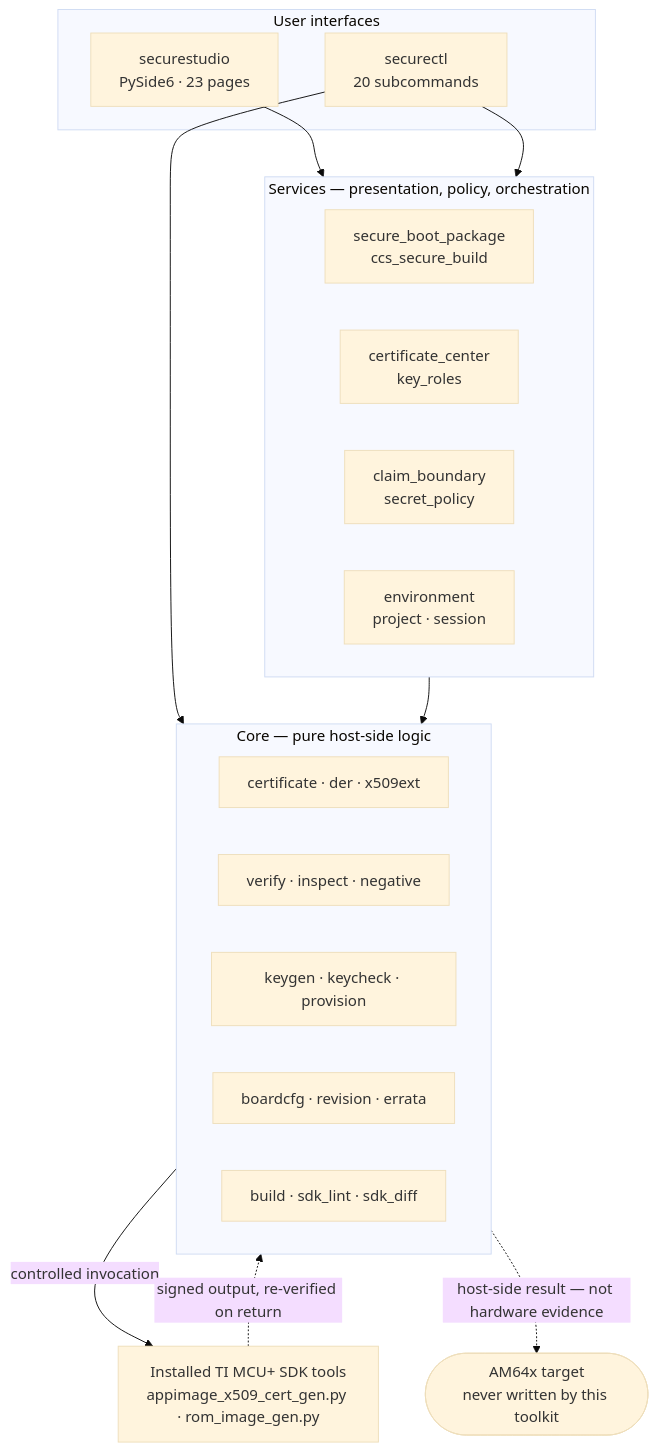
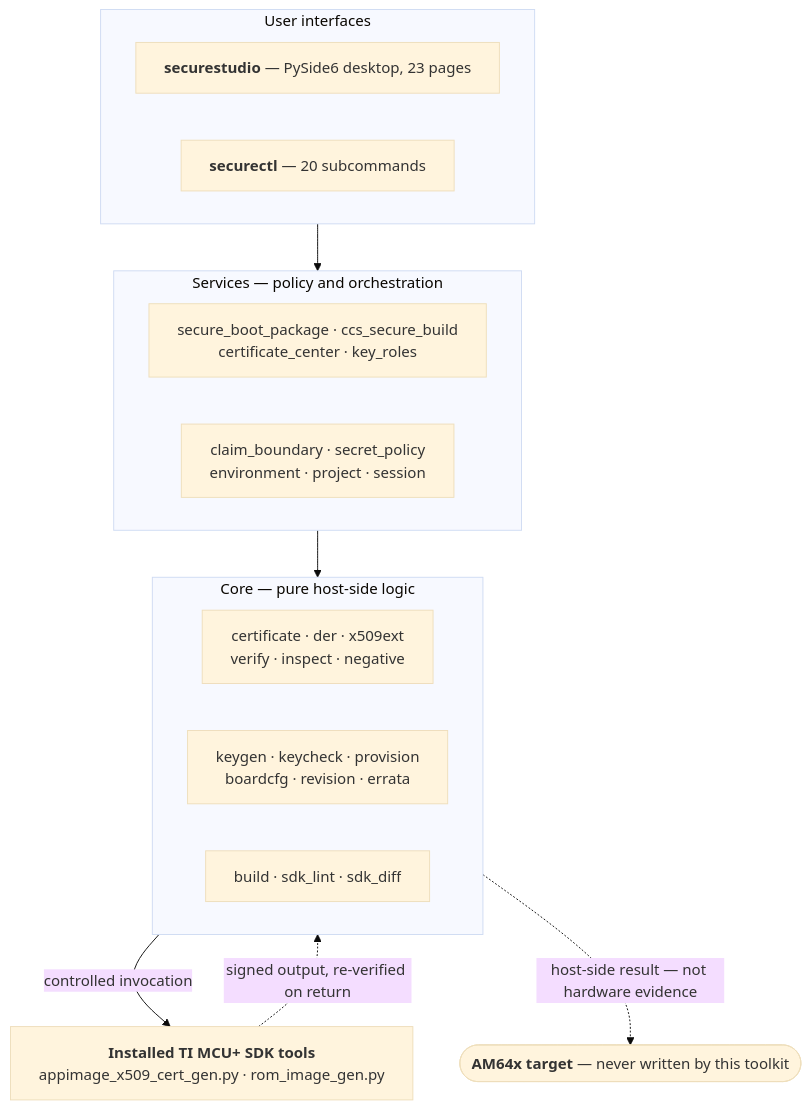
One commit to celilaslan/am64x-secure-boot-studio changed the diagram in README.md. Above: the diagram before and after it, drawn with Mermaid (base theme). The commit also changed other lines of this file and 3 other files, not shown here.

````diff
--- a/README.md
+++ b/README.md
@@ -206,33 +207,28 @@
 ```mermaid
+%%{init: {"flowchart": {"wrappingWidth": 420, "curve": "basis"}}}%%
 flowchart TD
     subgraph UI["User interfaces"]
-        GUI["securestudio<br/>PySide6 · 23 pages"]
-        CLI["securectl<br/>20 subcommands"]
+        GUI["<b>securestudio</b> — PySide6 desktop, 23 pages"]
+        CLI["<b>securectl</b> — 20 subcommands"]
     end
 
-    subgraph SVC["Services — presentation, policy, orchestration"]
-        S1["secure_boot_package<br/>ccs_secure_build"]
-        S2["certificate_center<br/>key_roles"]
-        S3["claim_boundary<br/>secret_policy"]
-        S4["environment<br/>project · session"]
+    subgraph SVC["Services — policy and orchestration"]
+        S1["secure_boot_package · ccs_secure_build<br/>certificate_center · key_roles"]
+        S2["claim_boundary · secret_policy<br/>environment · project · session"]
     end
 
     subgraph CORE["Core — pure host-side logic"]
-        C1["certificate · der · x509ext"]
-        C2["verify · inspect · negative"]
-        C3["keygen · keycheck · provision"]
-        C4["boardcfg · revision · errata"]
-        C5["build · sdk_lint · sdk_diff"]
+        C1["certificate · der · x509ext<br/>verify · inspect · negative"]
+        C2["keygen · keycheck · provision<br/>boardcfg · revision · errata"]
+        C3["build · sdk_lint · sdk_diff"]
     end
 
-    TI["Installed TI MCU+ SDK tools<br/>appimage_x509_cert_gen.py · rom_image_gen.py"]
-    HW(["AM64x target<br/>never written by this toolkit"])
+    TI["<b>Installed TI MCU+ SDK tools</b><br/>appimage_x509_cert_gen.py · rom_image_gen.py"]
+    HW(["<b>AM64x target</b> — never written by this toolkit"])
 
-    GUI --> SVC
-    CLI --> SVC
-    CLI --> CORE
+    UI --> SVC
     SVC --> CORE
     CORE -->|"controlled invocation"| TI
     TI -.->|"signed output, re-verified on return"| CORE
     CORE -.->|"host-side result — not hardware evidence"| HW
 ```
````
